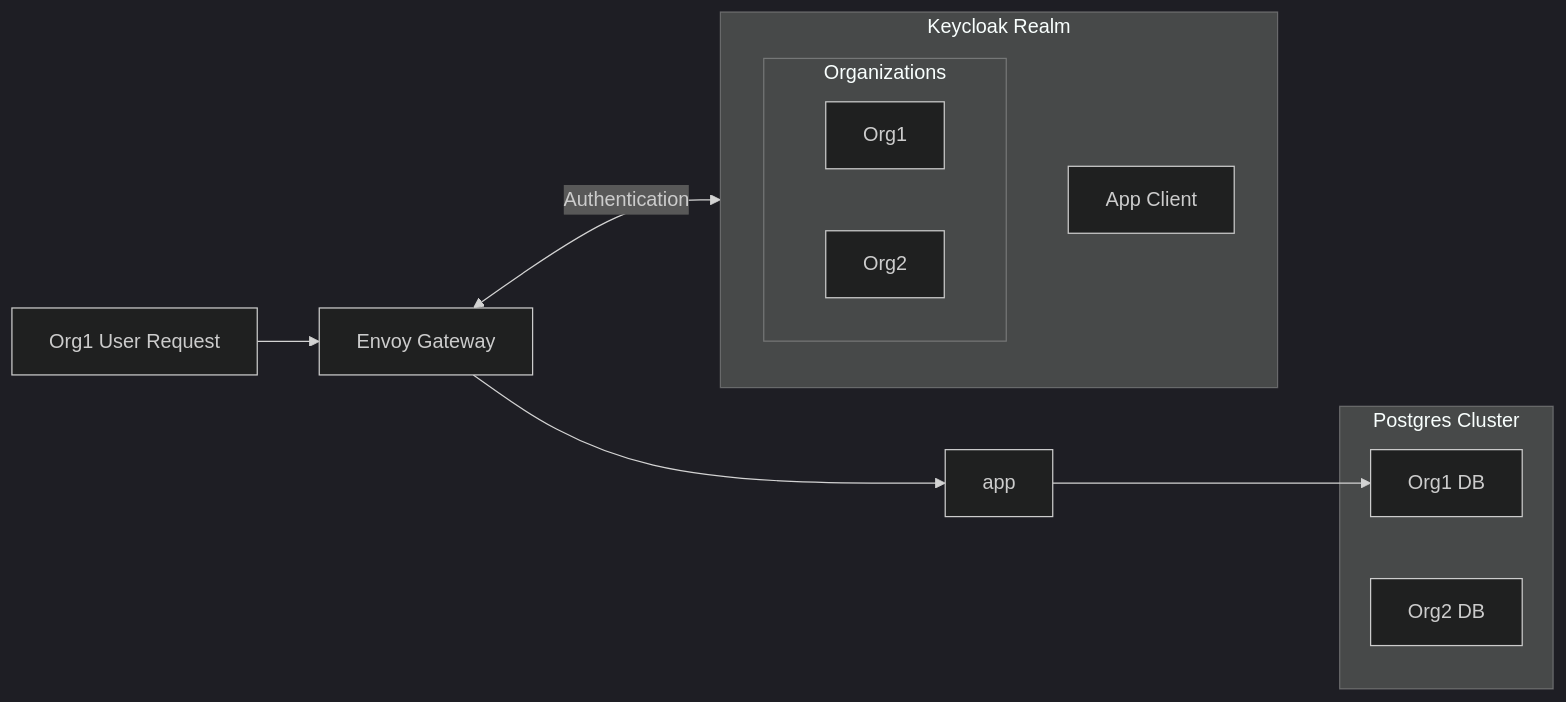
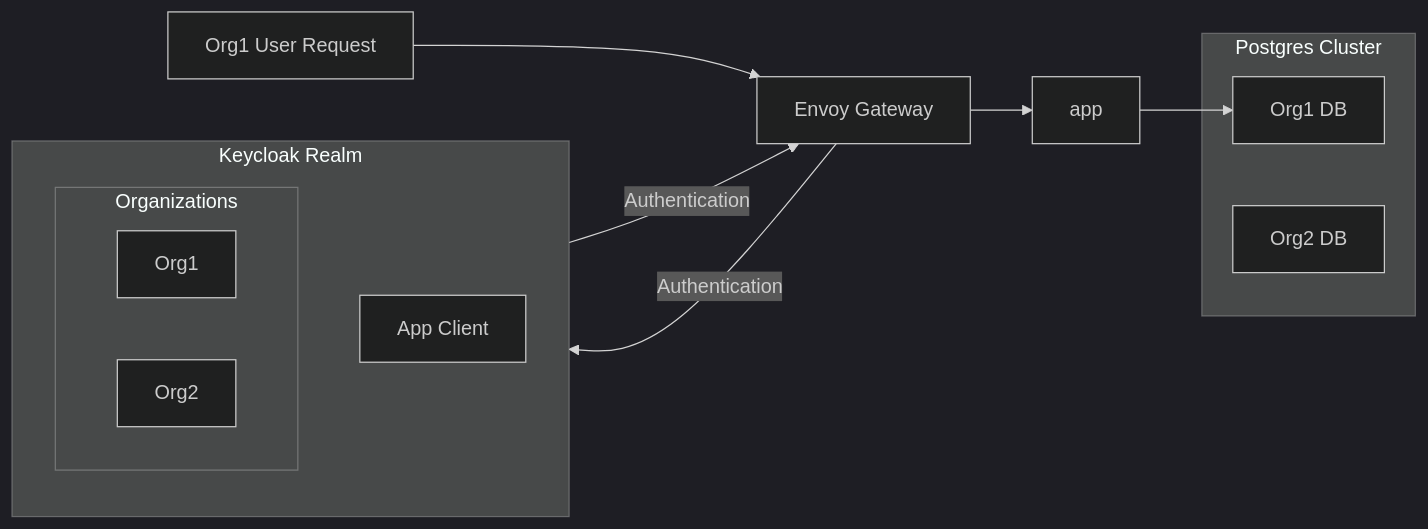
The diagram in README.md (Dante-lor/multen-operator), drawn with Mermaid (dark theme) before and after one commit.

Commit message:
Bidirectional arrow causing problems?

````diff
--- a/README.md
+++ b/README.md
@@ -17,20 +17,21 @@
 ```mermaid
 graph LR
   subgraph kc["Keycloak Realm"]
     subgraph orgs["Organizations"]
       org1["Org1"]
       org2["Org2"]
     end
     client1["App Client"]
   end
 
   subgraph pg["Postgres Cluster"]
     db1["Org1 DB"]
     db2["Org2 DB"]
   end
 
   req["Org1 User Request"] --> gw["Envoy Gateway"]
-  gw <-- Authentication --> kc
+  gw -- Authentication --> kc
+  kc -- Authentication --> gw
   gw --> app["app"]
   app --> db1
 ```
````
